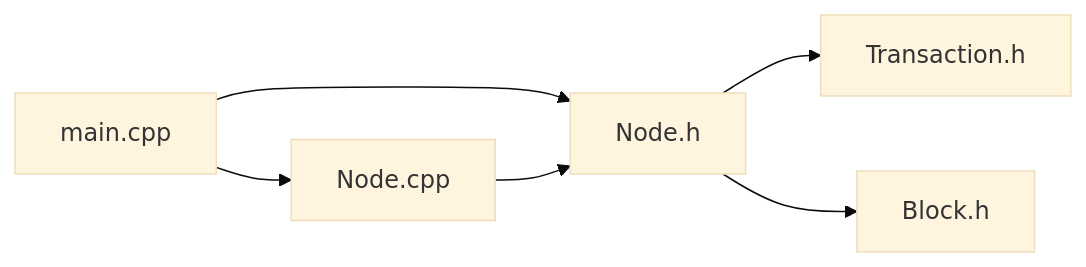
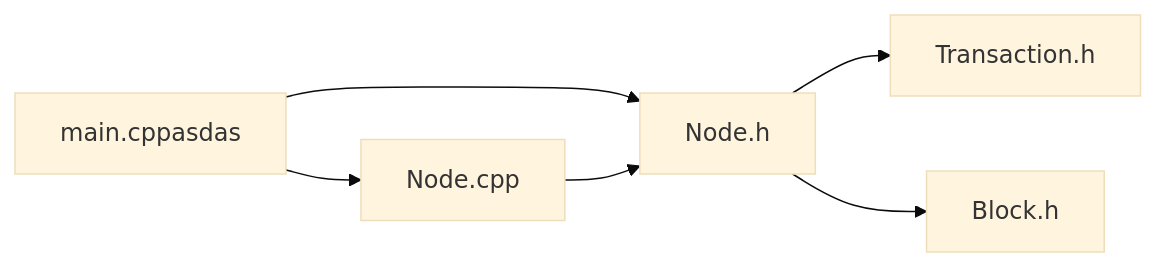
The diagram in README.md (floor-licker/B-wbsft), drawn with Mermaid (base theme) before and after one commit.

````diff
--- a/README.md
+++ b/README.md
@@ -14,8 +14,8 @@
 ```mermaid
 graph LR
-    A["main.cpp  "] --> B["Node.h"]
+    A["main.cppasdas  "] --> B["Node.h"]
     A --> C["Node.cpp"]
     B --> D["Transaction.h"]
     B --> E["Block.h"]
     C --> B
 ```
````
